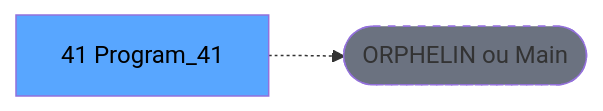
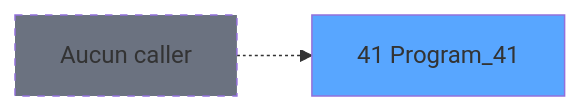
One commit to thonyAGP/magic-migration changed the second of 3 diagrams in .openspec/specs/ADH-IDE-41.md. Above: the diagram before and after it, drawn with Mermaid. The commit also changed other lines of this file and 311 other files, not shown here.

````diff
--- a/.openspec/specs/ADH-IDE-41.md
+++ b/.openspec/specs/ADH-IDE-41.md
@@ -121,8 +109,8 @@
 ```mermaid
 graph LR
-    T[41 Program_41]
-    ORPHAN([ORPHELIN ou Main])
-    T -.-> ORPHAN
-    style T fill:#58a6ff,color:#000
-    style ORPHAN fill:#6b7280,stroke-dasharray: 5 5
+    T41[41 Program_41]
+    style T41 fill:#58a6ff
+    NONE[Aucun caller]
+    NONE -.-> T41
+    style NONE fill:#6b7280,stroke-dasharray: 5 5
 ```
````
